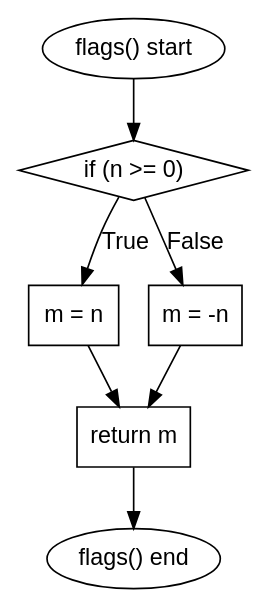
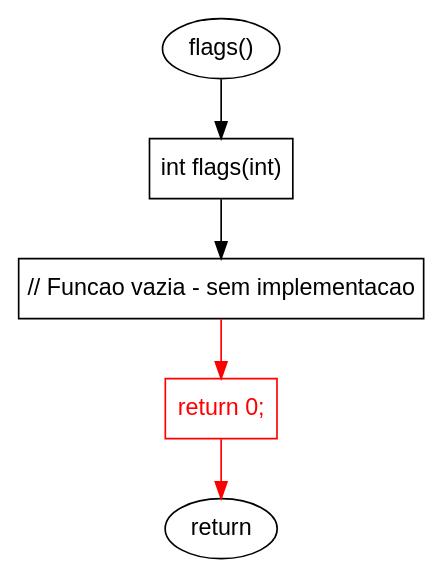
Before and after one commit to Lucas170620/prompts-infeasible-path-AI-detecting-repository: the diagram in quinta/adpcm/flags.dot, drawn with Graphviz. The commit also changed 136 other files, not shown here.

```diff
--- a/quinta/adpcm/flags.dot
+++ b/quinta/adpcm/flags.dot
@@ -1,19 +1,17 @@
 digraph flags {
     rankdir=TB;
     node [shape=box, fontname=Arial];
     edge [fontname=Arial];
 
-    start [label="flags() start", shape=ellipse];
-    end [label="flags() end", shape=ellipse];
-    cond1 [label="if (n >= 0)", shape=diamond];
-    block1 [label="m = n"];
-    block2 [label="m = -n"];
-    return [label="return m"];
+    start [label="flags()", shape=ellipse];
+    end [label="return", shape=ellipse];
+    
+    node1 [label="int flags(int)"];
+    node2 [label="// Funcao vazia - sem implementacao"];
+    node3 [label="return 0;", color=red, fontcolor=red];
 
-    start -> cond1;
-    cond1 -> block1 [label="True"];
-    cond1 -> block2 [label="False"];
-    block1 -> return;
-    block2 -> return;
-    return -> end;
+    start -> node1;
+    node1 -> node2;
+    node2 -> node3 [color=red, fontcolor=red];
+    node3 -> end [color=red, fontcolor=red];
 }
```
